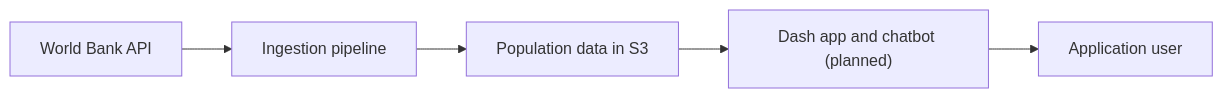
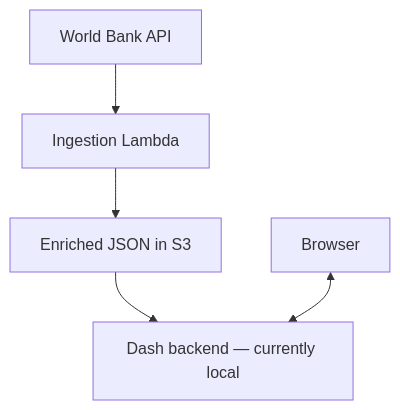
Before and after one commit to Seif-Wessam/world-population-interactive-visualisation: the diagram in README.md, drawn with Mermaid. The commit also changed other lines of this file and 1 other file, not shown here.

Commit message:
updated the readmes to reflect the change in the dash app module of the project

````diff
--- a/README.md
+++ b/README.md
@@ -33,7 +55,7 @@
 ```mermaid
-flowchart LR
-    WB["World Bank API"] --> ING["Ingestion pipeline"]
-    ING --> S3["Population data in S3"]
-    S3 --> APP["Dash app and chatbot (planned)"]
-    APP --> USER["Application user"]
+flowchart TD
+    API["World Bank API"] --> Ingestion["Ingestion Lambda"]
+    Ingestion --> S3["Enriched JSON in S3"]
+    S3 --> Dash["Dash backend — currently local"]
+    Browser["Browser"] <--> Dash
 ```
````
